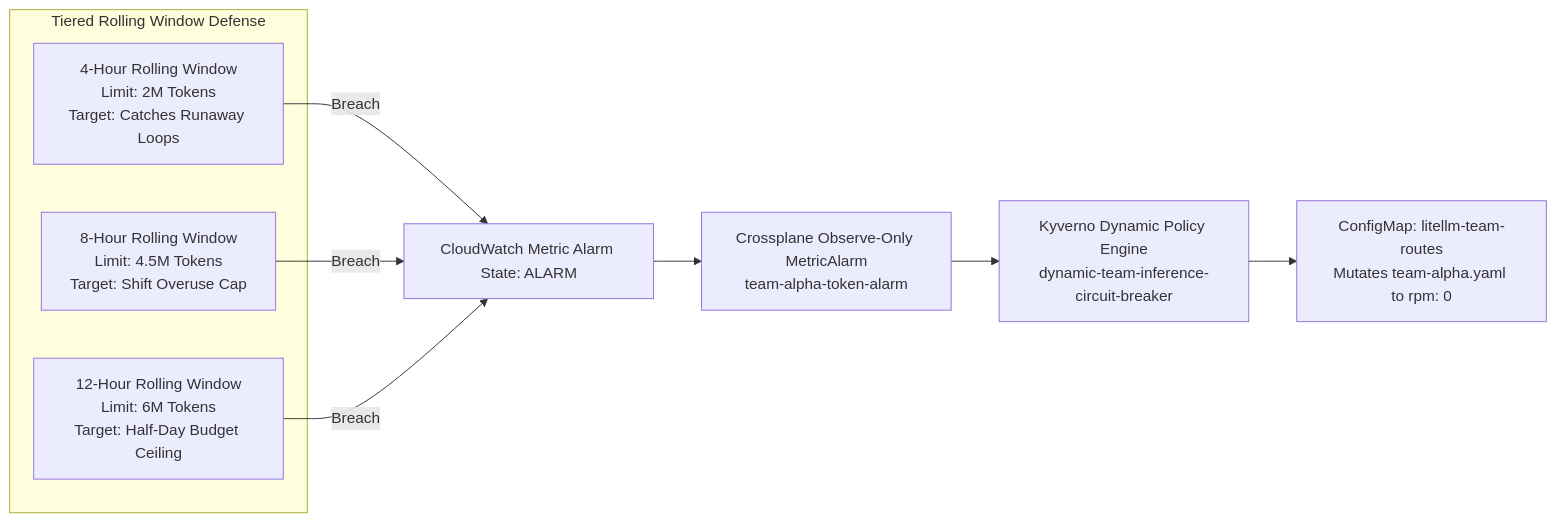
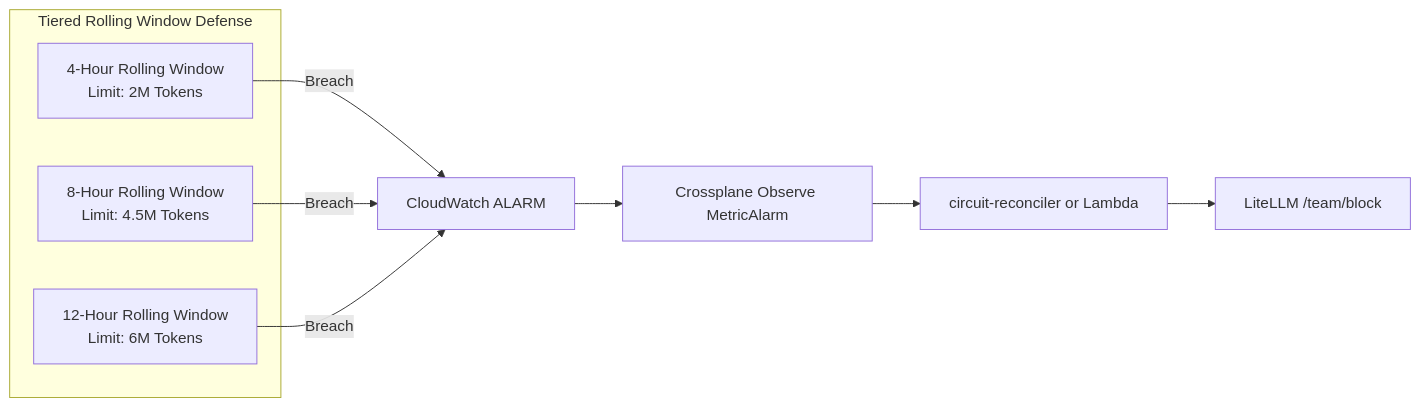
Before and after one commit to calshankar/calshankar.github.io: the fifth of 7 diagrams in src/content/docs/blogs/managed-vs-hybrid-inference-litellm-eks-part2.md, drawn with Mermaid. The commit also changed other lines of this file and 1 other file, not shown here.

````diff
--- a/src/content/docs/blogs/managed-vs-hybrid-inference-litellm-eks-part2.md
+++ b/src/content/docs/blogs/managed-vs-hybrid-inference-litellm-eks-part2.md
@@ -584,15 +602,15 @@
 ```mermaid
 graph LR
     subgraph MultiWindowEvaluation["Tiered Rolling Window Defense"]
-        Window4h["4-Hour Rolling Window\nLimit: 2M Tokens\nTarget: Catches Runaway Loops"]
-        Window8h["8-Hour Rolling Window\nLimit: 4.5M Tokens\nTarget: Shift Overuse Cap"]
-        Window12h["12-Hour Rolling Window\nLimit: 6M Tokens\nTarget: Half-Day Budget Ceiling"]
+        Window4h["4-Hour Rolling Window\nLimit: 2M Tokens"]
+        Window8h["8-Hour Rolling Window\nLimit: 4.5M Tokens"]
+        Window12h["12-Hour Rolling Window\nLimit: 6M Tokens"]
     end
 
-    Window4h -->|Breach| CWAlarmState[CloudWatch Metric Alarm State: ALARM]
+    Window4h -->|Breach| CWAlarmState[CloudWatch ALARM]
     Window8h -->|Breach| CWAlarmState
     Window12h -->|Breach| CWAlarmState
-    CWAlarmState --> CrossplaneCRD[Crossplane Observe-Only MetricAlarm\nteam-alpha-token-alarm]
-    CrossplaneCRD --> KyvernoPolicy[Kyverno Dynamic Policy Engine\ndynamic-team-inference-circuit-breaker]
-    KyvernoPolicy --> LiteLLMConfigMap["ConfigMap: litellm-team-routes\nMutates team-alpha.yaml to rpm: 0"]
+    CWAlarmState --> CrossplaneCRD[Crossplane Observe MetricAlarm]
+    CrossplaneCRD --> Reconciler[circuit-reconciler or Lambda]
+    Reconciler --> LiteLLMAPI[LiteLLM /team/block]
 ```
````
